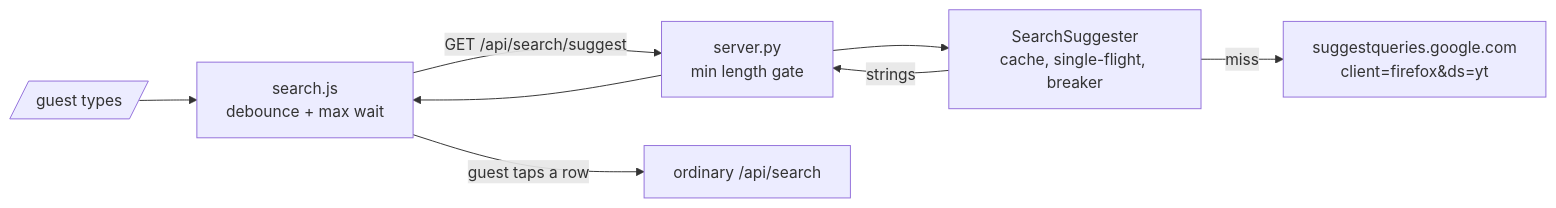
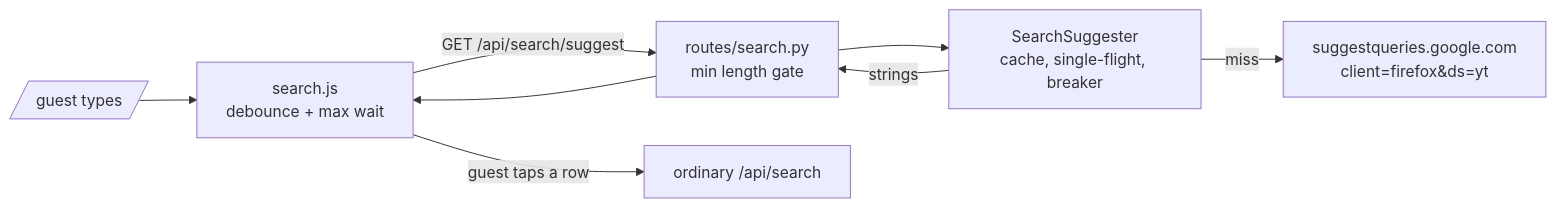
Before and after one commit to mdz/kbox: the diagram in docs/development/search-autocomplete.md, drawn with Mermaid. The commit also changed 11 other files, not shown here.

````diff
--- a/docs/development/search-autocomplete.md
+++ b/docs/development/search-autocomplete.md
@@ -13,10 +13,10 @@
 ```mermaid
 flowchart LR
     GUEST[/guest types/] --> JS[search.js<br/>debounce + max wait]
-    JS -->|GET /api/search/suggest| API[server.py<br/>min length gate]
+    JS -->|GET /api/search/suggest| API[routes/search.py<br/>min length gate]
     API --> SS[SearchSuggester<br/>cache, single-flight, breaker]
     SS -->|miss| GOOG[suggestqueries.google.com<br/>client=firefox&ds=yt]
     SS -->|strings| API
     API --> JS
     JS -->|guest taps a row| SEARCH[ordinary /api/search]
 ```
````
